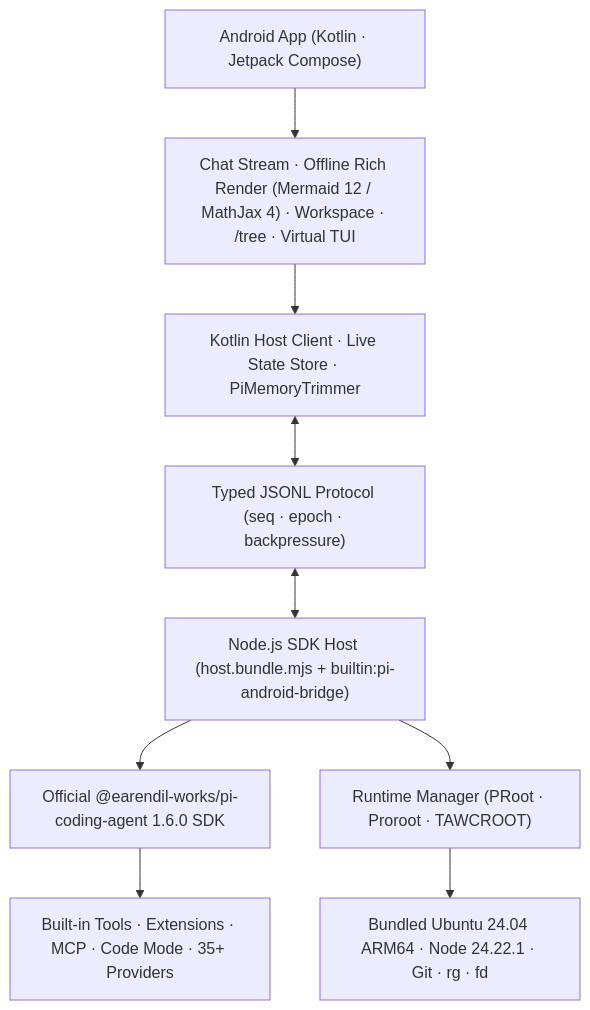
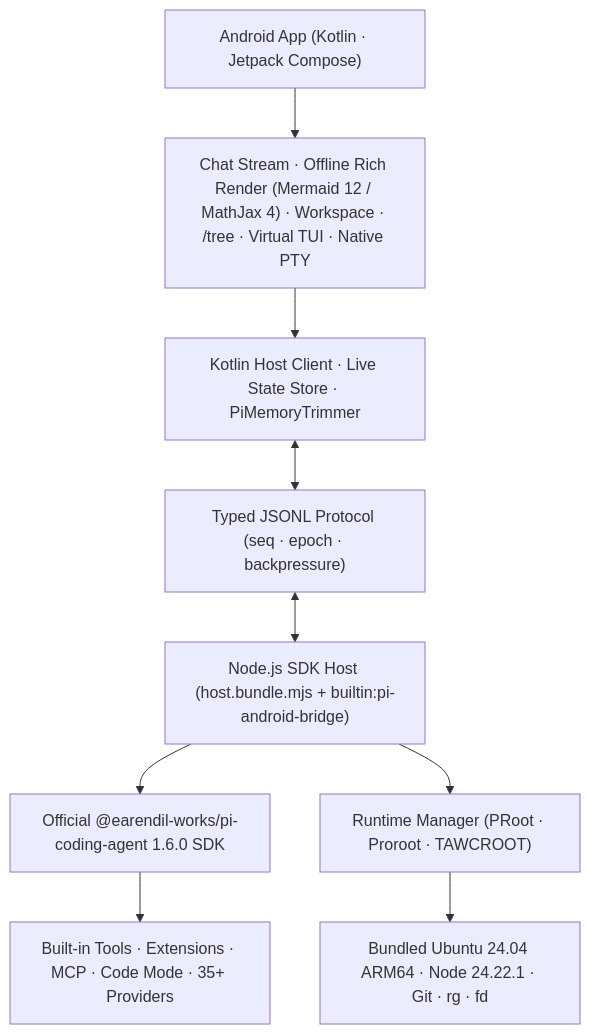
Before and after one commit to heikeyangle-code/pi-android: the diagram in README.md, drawn with Mermaid. The commit also changed other lines of this file and 32 other files, not shown here.

````diff
--- a/README.md
+++ b/README.md
@@ -142,21 +142,21 @@
 ```mermaid
 flowchart TB
     A["Android App (Kotlin · Jetpack Compose)"]
-    B["Chat Stream · Offline Rich Render (Mermaid 12 / MathJax 4) · Workspace · /tree · Virtual TUI"]
+    B["Chat Stream · Offline Rich Render (Mermaid 12 / MathJax 4) · Workspace · /tree · Virtual TUI · Native PTY"]
     C["Kotlin Host Client · Live State Store · PiMemoryTrimmer"]
     D["Typed JSONL Protocol (seq · epoch · backpressure)"]
     E["Node.js SDK Host (host.bundle.mjs + builtin:pi-android-bridge)"]
     F["Official @earendil-works/pi-coding-agent 1.6.0 SDK"]
     G["Built-in Tools · Extensions · MCP · Code Mode · 35+ Providers"]
     H["Runtime Manager (PRoot · Proroot · TAWCROOT)"]
     L["Bundled Ubuntu 24.04 ARM64 · Node 24.22.1 · Git · rg · fd"]
 
     A --> B
     B --> C
     C <--> D
     D <--> E
     E --> F
     F --> G
     E --> H
     H --> L
 ```
````
